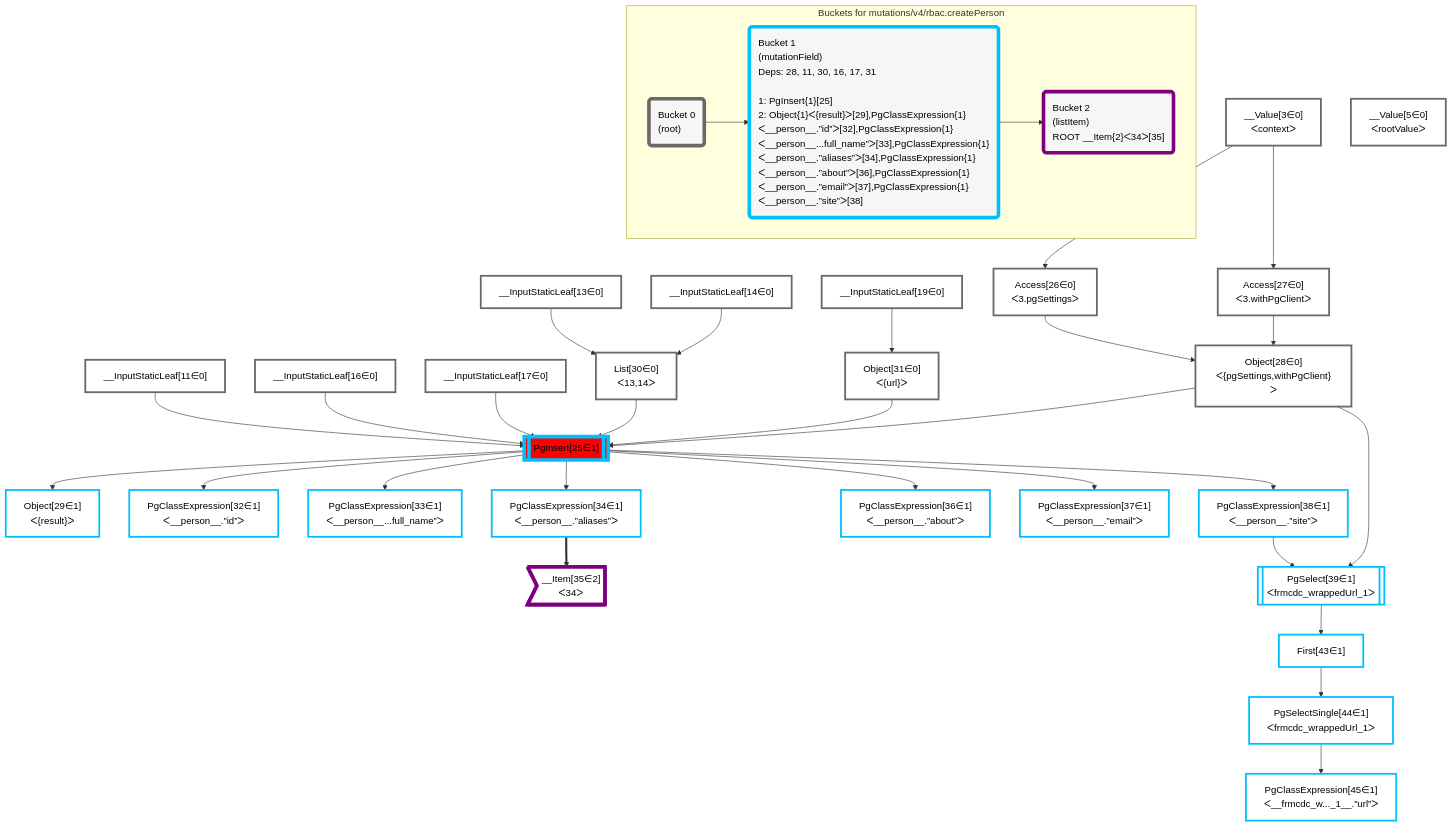
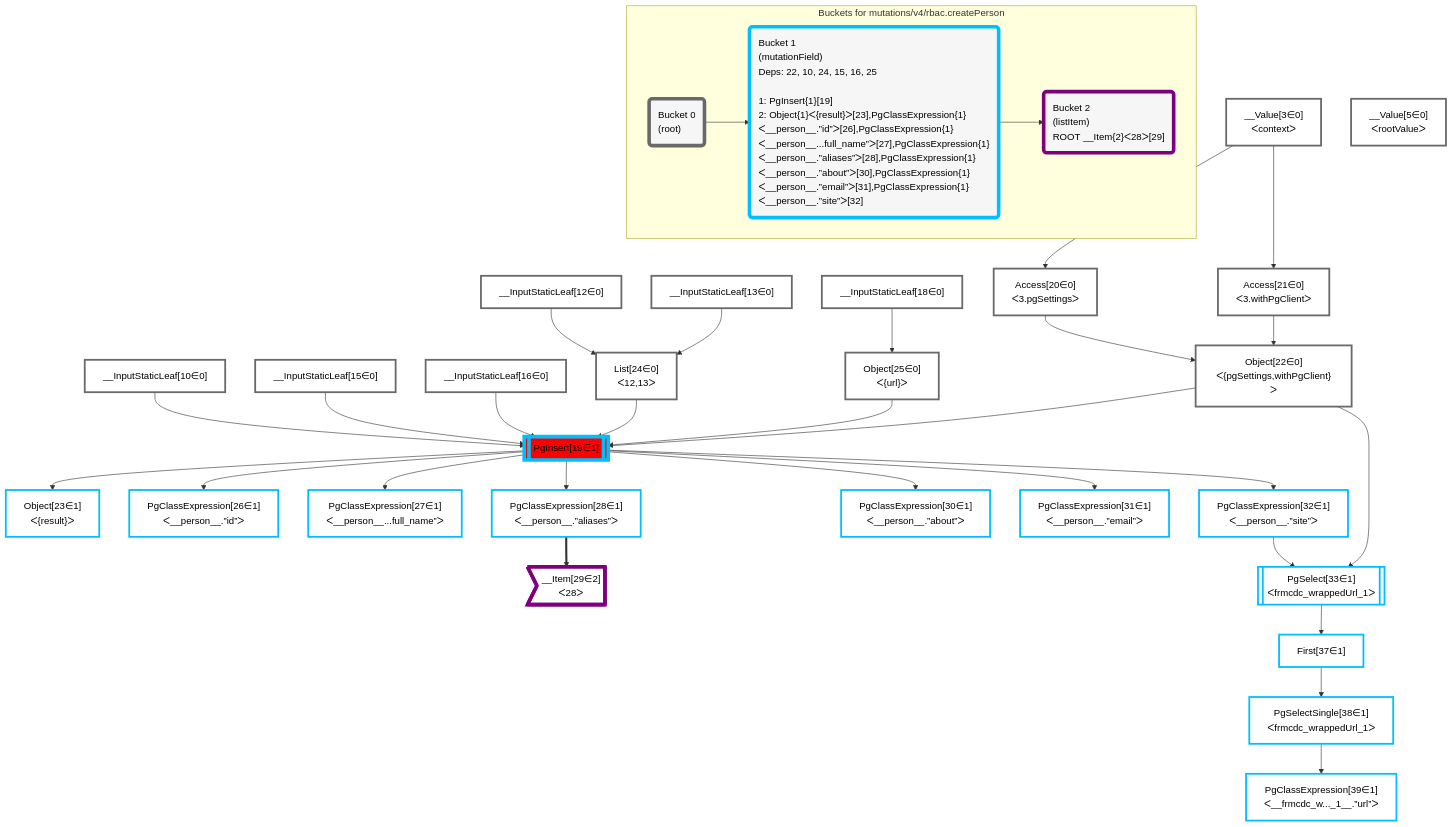
One commit to graphile/crystal changed the diagram in packages/postgraphile/__tests__/mutations/v4/rbac.createPerson.mermaid. Above: the diagram before and after it, drawn with Mermaid. The commit also changed 4 other files, not shown here.

Commit message:
Update mermaid plans

```diff
--- a/packages/postgraphile/__tests__/mutations/v4/rbac.createPerson.mermaid
+++ b/packages/postgraphile/__tests__/mutations/v4/rbac.createPerson.mermaid
@@ -1,69 +1,69 @@
 graph TD
     classDef path fill:#eee,stroke:#000,color:#000
     classDef plan fill:#fff,stroke-width:3px,color:#000
     classDef itemplan fill:#fff,stroke-width:6px,color:#000
     classDef sideeffectplan fill:#f00,stroke-width:6px,color:#000
     classDef bucket fill:#f6f6f6,color:#000,stroke-width:6px,text-align:left
 
 
     %% define steps
     __Value3["__Value[3∈0]<br />ᐸcontextᐳ"]:::plan
     __Value5["__Value[5∈0]<br />ᐸrootValueᐳ"]:::plan
-    __InputStaticLeaf11["__InputStaticLeaf[11∈0]"]:::plan
+    __InputStaticLeaf10["__InputStaticLeaf[10∈0]"]:::plan
+    __InputStaticLeaf12["__InputStaticLeaf[12∈0]"]:::plan
     __InputStaticLeaf13["__InputStaticLeaf[13∈0]"]:::plan
-    __InputStaticLeaf14["__InputStaticLeaf[14∈0]"]:::plan
+    __InputStaticLeaf15["__InputStaticLeaf[15∈0]"]:::plan
     __InputStaticLeaf16["__InputStaticLeaf[16∈0]"]:::plan
-    __InputStaticLeaf17["__InputStaticLeaf[17∈0]"]:::plan
-    __InputStaticLeaf19["__InputStaticLeaf[19∈0]"]:::plan
-    Access26["Access[26∈0]<br />ᐸ3.pgSettingsᐳ"]:::plan
-    Access27["Access[27∈0]<br />ᐸ3.withPgClientᐳ"]:::plan
-    Object28["Object[28∈0]<br />ᐸ{pgSettings,withPgClient}ᐳ"]:::plan
-    List30["List[30∈0]<br />ᐸ13,14ᐳ"]:::plan
-    Object31["Object[31∈0]<br />ᐸ{url}ᐳ"]:::plan
-    PgInsert25[["PgInsert[25∈1]"]]:::sideeffectplan
-    Object29["Object[29∈1]<br />ᐸ{result}ᐳ"]:::plan
-    PgClassExpression32["PgClassExpression[32∈1]<br />ᐸ__person__.”id”ᐳ"]:::plan
-    PgClassExpression33["PgClassExpression[33∈1]<br />ᐸ__person__...full_name”ᐳ"]:::plan
-    PgClassExpression34["PgClassExpression[34∈1]<br />ᐸ__person__.”aliases”ᐳ"]:::plan
-    __Item35>"__Item[35∈2]<br />ᐸ34ᐳ"]:::itemplan
-    PgClassExpression36["PgClassExpression[36∈1]<br />ᐸ__person__.”about”ᐳ"]:::plan
-    PgClassExpression37["PgClassExpression[37∈1]<br />ᐸ__person__.”email”ᐳ"]:::plan
-    PgClassExpression38["PgClassExpression[38∈1]<br />ᐸ__person__.”site”ᐳ"]:::plan
-    PgSelect39[["PgSelect[39∈1]<br />ᐸfrmcdc_wrappedUrl_1ᐳ"]]:::plan
-    First43["First[43∈1]"]:::plan
-    PgSelectSingle44["PgSelectSingle[44∈1]<br />ᐸfrmcdc_wrappedUrl_1ᐳ"]:::plan
-    PgClassExpression45["PgClassExpression[45∈1]<br />ᐸ__frmcdc_w..._1__.”url”ᐳ"]:::plan
+    __InputStaticLeaf18["__InputStaticLeaf[18∈0]"]:::plan
+    Access20["Access[20∈0]<br />ᐸ3.pgSettingsᐳ"]:::plan
+    Access21["Access[21∈0]<br />ᐸ3.withPgClientᐳ"]:::plan
+    Object22["Object[22∈0]<br />ᐸ{pgSettings,withPgClient}ᐳ"]:::plan
+    List24["List[24∈0]<br />ᐸ12,13ᐳ"]:::plan
+    Object25["Object[25∈0]<br />ᐸ{url}ᐳ"]:::plan
+    PgInsert19[["PgInsert[19∈1]"]]:::sideeffectplan
+    Object23["Object[23∈1]<br />ᐸ{result}ᐳ"]:::plan
+    PgClassExpression26["PgClassExpression[26∈1]<br />ᐸ__person__.”id”ᐳ"]:::plan
+    PgClassExpression27["PgClassExpression[27∈1]<br />ᐸ__person__...full_name”ᐳ"]:::plan
+    PgClassExpression28["PgClassExpression[28∈1]<br />ᐸ__person__.”aliases”ᐳ"]:::plan
+    __Item29>"__Item[29∈2]<br />ᐸ28ᐳ"]:::itemplan
+    PgClassExpression30["PgClassExpression[30∈1]<br />ᐸ__person__.”about”ᐳ"]:::plan
+    PgClassExpression31["PgClassExpression[31∈1]<br />ᐸ__person__.”email”ᐳ"]:::plan
+    PgClassExpression32["PgClassExpression[32∈1]<br />ᐸ__person__.”site”ᐳ"]:::plan
+    PgSelect33[["PgSelect[33∈1]<br />ᐸfrmcdc_wrappedUrl_1ᐳ"]]:::plan
+    First37["First[37∈1]"]:::plan
+    PgSelectSingle38["PgSelectSingle[38∈1]<br />ᐸfrmcdc_wrappedUrl_1ᐳ"]:::plan
+    PgClassExpression39["PgClassExpression[39∈1]<br />ᐸ__frmcdc_w..._1__.”url”ᐳ"]:::plan
 
     %% plan dependencies
-    __Value3 --> Access26
-    __Value3 --> Access27
-    Access26 & Access27 --> Object28
-    __InputStaticLeaf13 & __InputStaticLeaf14 --> List30
-    __InputStaticLeaf19 --> Object31
-    Object28 & __InputStaticLeaf11 & List30 & __InputStaticLeaf16 & __InputStaticLeaf17 & Object31 --> PgInsert25
-    PgInsert25 --> Object29
-    PgInsert25 --> PgClassExpression32
-    PgInsert25 --> PgClassExpression33
-    PgInsert25 --> PgClassExpression34
-    PgClassExpression34 ==> __Item35
-    PgInsert25 --> PgClassExpression36
-    PgInsert25 --> PgClassExpression37
-    PgInsert25 --> PgClassExpression38
-    Object28 & PgClassExpression38 --> PgSelect39
-    PgSelect39 --> First43
-    First43 --> PgSelectSingle44
-    PgSelectSingle44 --> PgClassExpression45
+    __Value3 --> Access20
+    __Value3 --> Access21
+    Access20 & Access21 --> Object22
+    __InputStaticLeaf12 & __InputStaticLeaf13 --> List24
+    __InputStaticLeaf18 --> Object25
+    Object22 & __InputStaticLeaf10 & List24 & __InputStaticLeaf15 & __InputStaticLeaf16 & Object25 --> PgInsert19
+    PgInsert19 --> Object23
+    PgInsert19 --> PgClassExpression26
+    PgInsert19 --> PgClassExpression27
+    PgInsert19 --> PgClassExpression28
+    PgClassExpression28 ==> __Item29
+    PgInsert19 --> PgClassExpression30
+    PgInsert19 --> PgClassExpression31
+    PgInsert19 --> PgClassExpression32
+    Object22 & PgClassExpression32 --> PgSelect33
+    PgSelect33 --> First37
+    First37 --> PgSelectSingle38
+    PgSelectSingle38 --> PgClassExpression39
 
     subgraph "Buckets for mutations/v4/rbac.createPerson"
     Bucket0("Bucket 0<br />(root)"):::bucket
     classDef bucket0 stroke:#696969
-    class Bucket0,__Value3,__Value5,__InputStaticLeaf11,__InputStaticLeaf13,__InputStaticLeaf14,__InputStaticLeaf16,__InputStaticLeaf17,__InputStaticLeaf19,Access26,Access27,Object28,List30,Object31 bucket0
-    Bucket1("Bucket 1<br />(mutationField)<br />Deps: 28, 11, 30, 16, 17, 31<br /><br />1: PgInsert{1}[25]<br />2: Object{1}ᐸ{result}ᐳ[29],PgClassExpression{1}ᐸ__person__.”id”ᐳ[32],PgClassExpression{1}ᐸ__person__...full_name”ᐳ[33],PgClassExpression{1}ᐸ__person__.”aliases”ᐳ[34],PgClassExpression{1}ᐸ__person__.”about”ᐳ[36],PgClassExpression{1}ᐸ__person__.”email”ᐳ[37],PgClassExpression{1}ᐸ__person__.”site”ᐳ[38]"):::bucket
+    class Bucket0,__Value3,__Value5,__InputStaticLeaf10,__InputStaticLeaf12,__InputStaticLeaf13,__InputStaticLeaf15,__InputStaticLeaf16,__InputStaticLeaf18,Access20,Access21,Object22,List24,Object25 bucket0
+    Bucket1("Bucket 1<br />(mutationField)<br />Deps: 22, 10, 24, 15, 16, 25<br /><br />1: PgInsert{1}[19]<br />2: Object{1}ᐸ{result}ᐳ[23],PgClassExpression{1}ᐸ__person__.”id”ᐳ[26],PgClassExpression{1}ᐸ__person__...full_name”ᐳ[27],PgClassExpression{1}ᐸ__person__.”aliases”ᐳ[28],PgClassExpression{1}ᐸ__person__.”about”ᐳ[30],PgClassExpression{1}ᐸ__person__.”email”ᐳ[31],PgClassExpression{1}ᐸ__person__.”site”ᐳ[32]"):::bucket
     classDef bucket1 stroke:#00bfff
-    class Bucket1,PgInsert25,Object29,PgClassExpression32,PgClassExpression33,PgClassExpression34,PgClassExpression36,PgClassExpression37,PgClassExpression38,PgSelect39,First43,PgSelectSingle44,PgClassExpression45 bucket1
-    Bucket2("Bucket 2<br />(listItem)<br />ROOT __Item{2}ᐸ34ᐳ[35]"):::bucket
+    class Bucket1,PgInsert19,Object23,PgClassExpression26,PgClassExpression27,PgClassExpression28,PgClassExpression30,PgClassExpression31,PgClassExpression32,PgSelect33,First37,PgSelectSingle38,PgClassExpression39 bucket1
+    Bucket2("Bucket 2<br />(listItem)<br />ROOT __Item{2}ᐸ28ᐳ[29]"):::bucket
     classDef bucket2 stroke:#7f007f
-    class Bucket2,__Item35 bucket2
+    class Bucket2,__Item29 bucket2
     Bucket0 --> Bucket1
     Bucket1 --> Bucket2
     end
```
